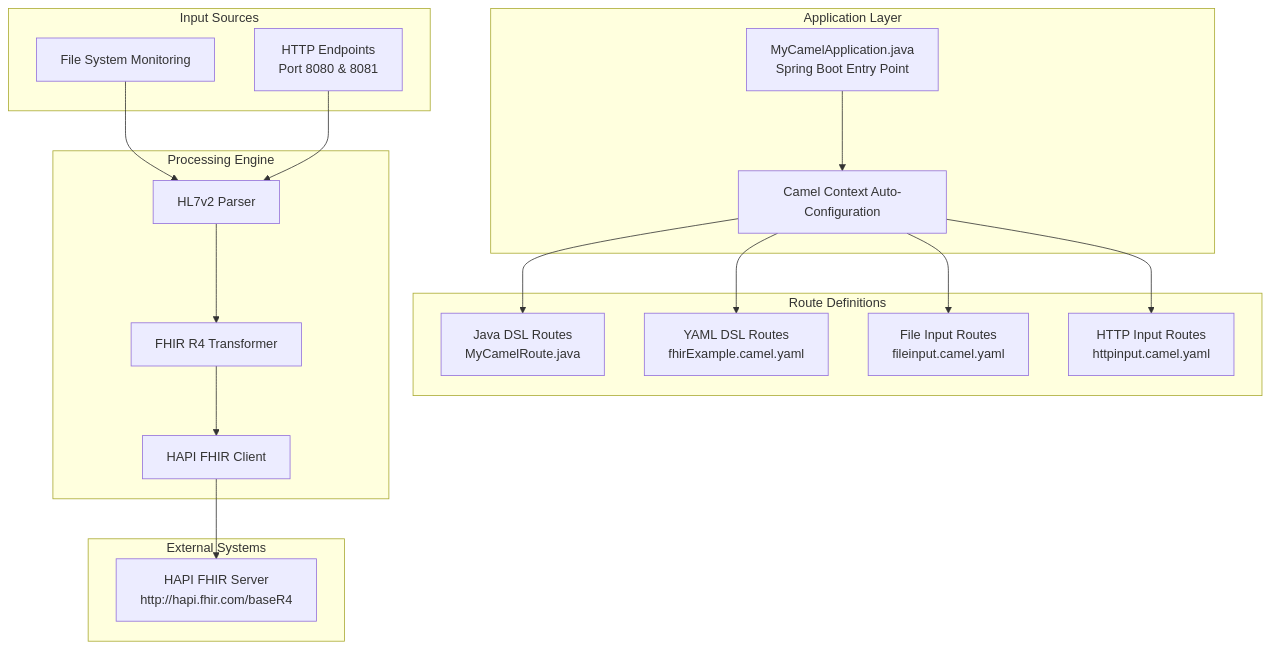
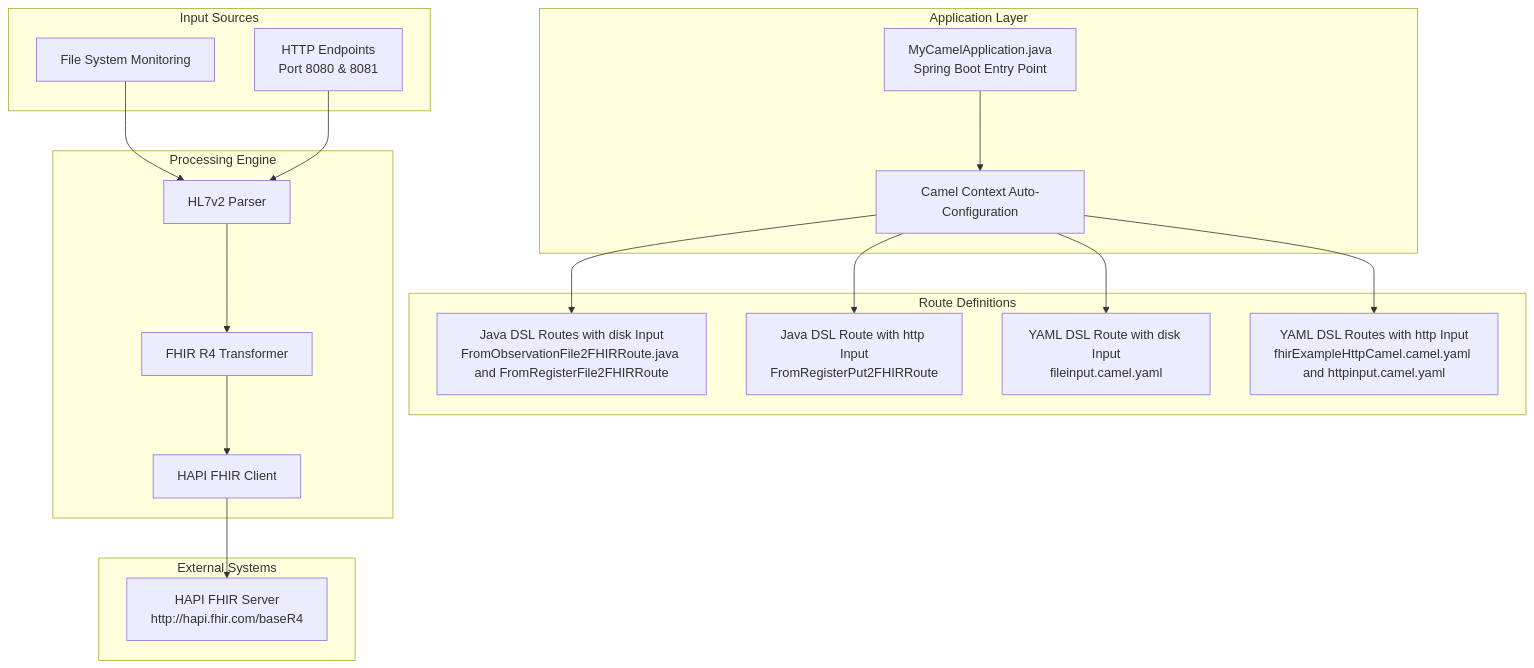
One commit to ASS-MUIT/camel changed the third of 3 diagrams in architecture.md. Above: the diagram before and after it, drawn with Mermaid. The commit also changed other lines of this file, not shown here.

````diff
--- a/architecture.md
+++ b/architecture.md
@@ -147,40 +148,40 @@
 ```mermaid
 graph TD
     subgraph "Application Layer"
         A[MyCamelApplication.java<br/>Spring Boot Entry Point] --> B[Camel Context Auto-Configuration]
     end
     
     subgraph "Route Definitions"
-        C[Java DSL Routes<br/>MyCamelRoute.java] 
-        D[YAML DSL Routes<br/>fhirExample.camel.yaml]
-        E[File Input Routes<br/>fileinput.camel.yaml]
-        F[HTTP Input Routes<br/>httpinput.camel.yaml]
+        C[Java DSL Routes with disk Input<br/>FromObservationFile2FHIRRoute.java and FromRegisterFile2FHIRRoute] 
+        D[Java DSL Route with http Input<br/>FromRegisterPut2FHIRRoute]
+        E[YAML DSL Route with disk Input<br/>fileinput.camel.yaml]
+        F[YAML DSL Routes with http Input<br/>fhirExampleHttpCamel.camel.yaml and httpinput.camel.yaml]
     end
     
     subgraph "Input Sources"
         G[File System Monitoring]
         H[HTTP Endpoints<br/>Port 8080 & 8081]
     end
     
     subgraph "Processing Engine"
         I[HL7v2 Parser]
         J[FHIR R4 Transformer]
         K[HAPI FHIR Client]
     end
     
     subgraph "External Systems"
         L[HAPI FHIR Server<br/>http://hapi.fhir.com/baseR4]
     end
     
     B --> C
     B --> D
     B --> E
     B --> F
     
     G --> I
     H --> I
     
     I --> J
     J --> K
     K --> L
 ```
````
